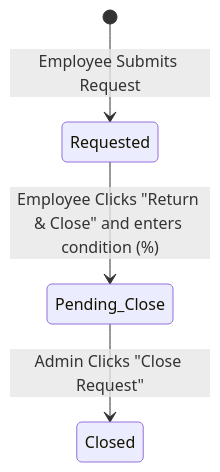
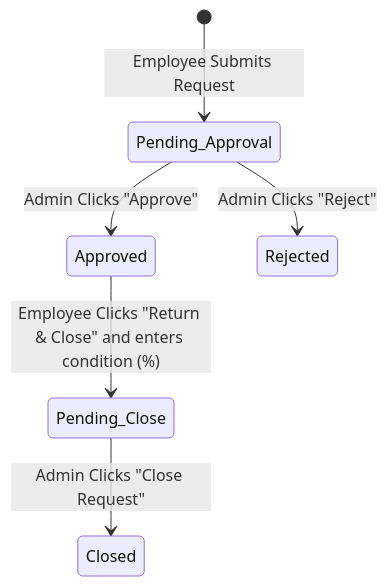
Before and after one commit to TahaKaiyum/gruvfix-portal: the diagram in GruvfixPortal/docs/spec_tool_request_control.md, drawn with Mermaid. The commit also changed other lines of this file and 1 other file, not shown here.

Commit message:
feat: implement tool request approval workflow and inventory qty adjustments

````diff
--- a/GruvfixPortal/docs/spec_tool_request_control.md
+++ b/GruvfixPortal/docs/spec_tool_request_control.md
@@ -43,6 +43,8 @@
 ```mermaid
 stateDiagram-v2
-    [*] --> Requested : Employee Submits Request
-    Requested --> Pending_Close : Employee Clicks "Return & Close" and enters condition (%)
+    [*] --> Pending_Approval : Employee Submits Request
+    Pending_Approval --> Approved : Admin Clicks "Approve"
+    Pending_Approval --> Rejected : Admin Clicks "Reject"
+    Approved --> Pending_Close : Employee Clicks "Return & Close" and enters condition (%)
     Pending_Close --> Closed : Admin Clicks "Close Request"
 ```
````
